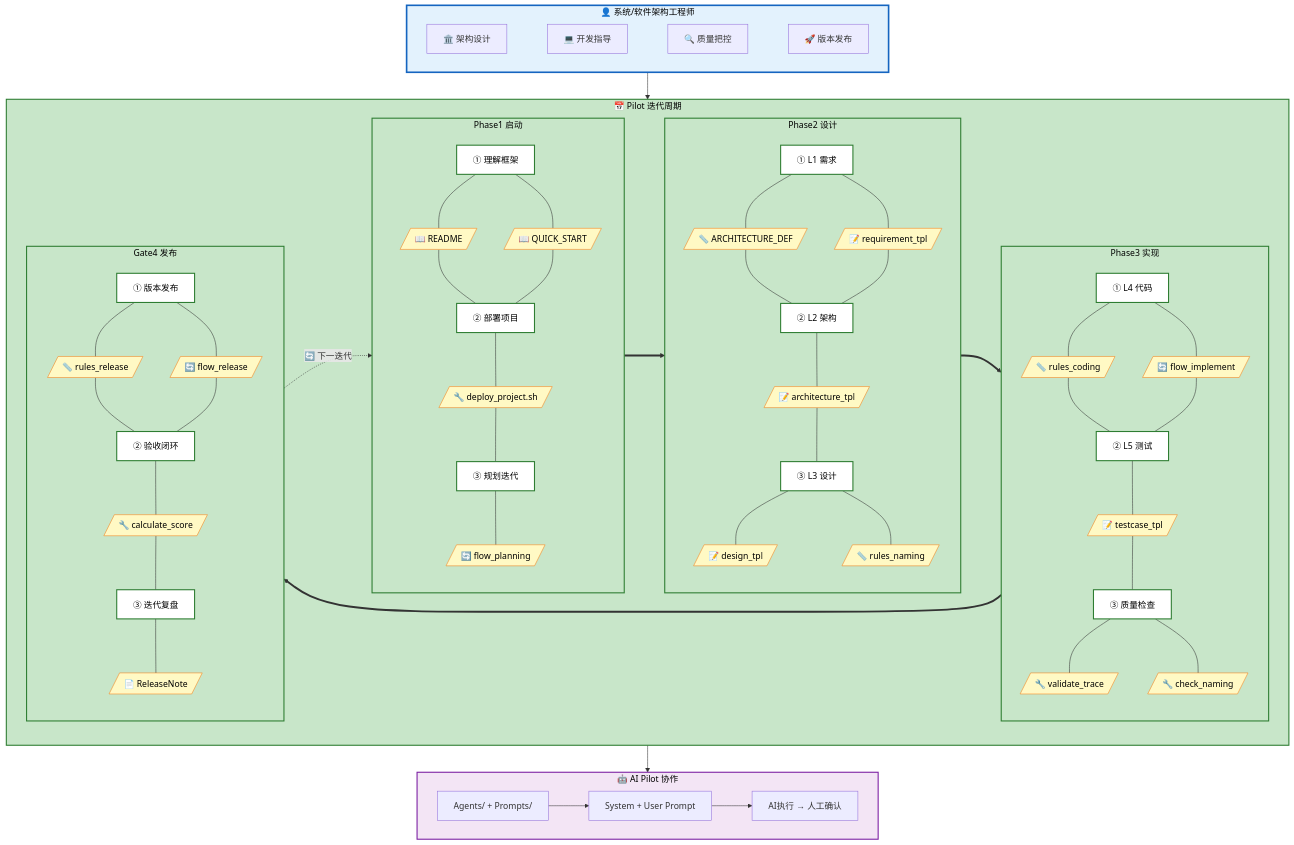
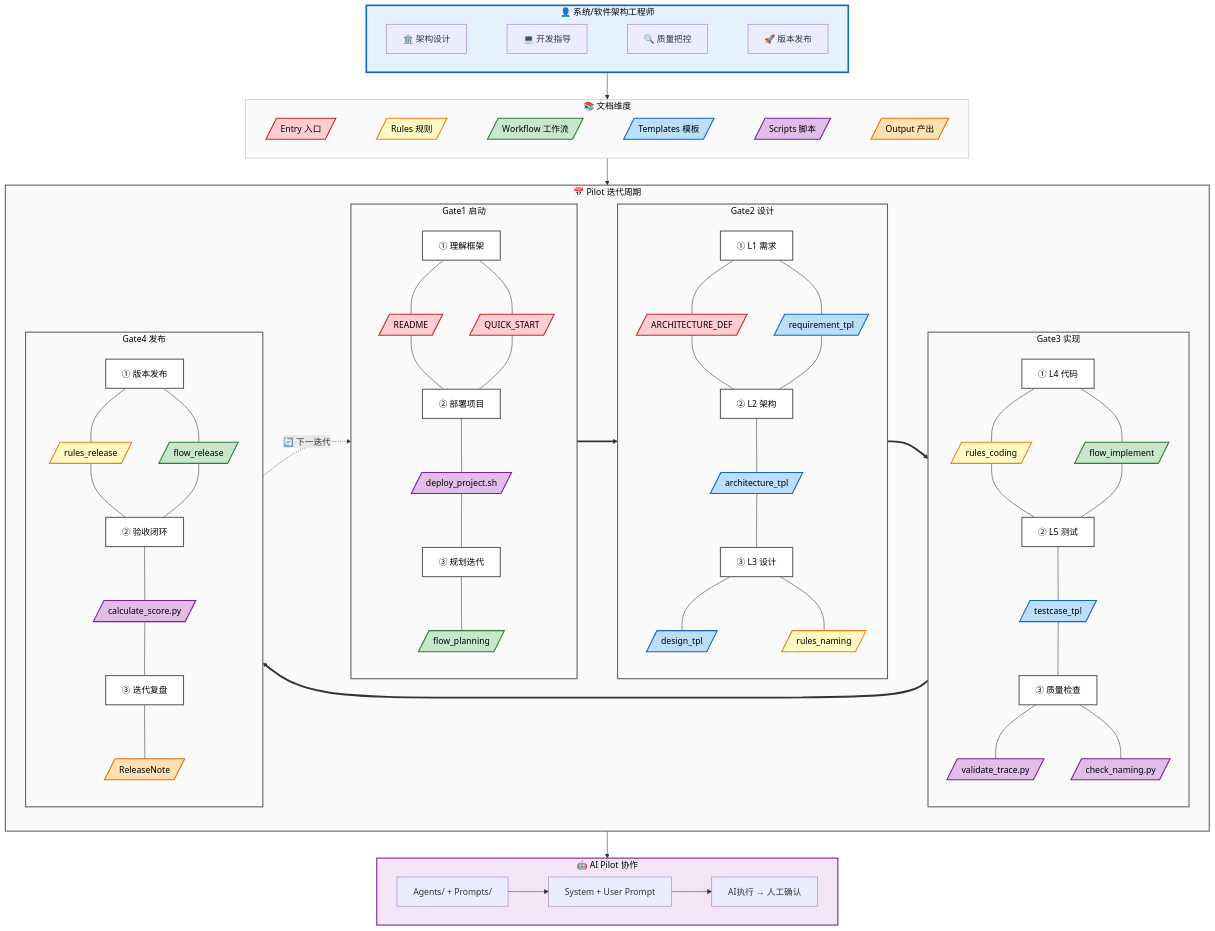
Before and after one commit to lukagithub/archpilot_core: the diagram in Governance/PILOT_GLOBAL_FLOW.mmd, drawn with Mermaid.

Commit message:
fix: update PILOT_GLOBAL_FLOW with legend and Gate naming - Add document dimension legend with 6 color-coded categories:   - Entry (red), Rules (yellow), Workflow (green)   - Templates (blue), Scripts (purple), Output (orange) - Replace Phase with Gate for iteration stages - Apply dimension colors to all document nodes in each Gate - Simplify node text (remove emoji from nodes, keep in legend)

```diff
--- a/Governance/PILOT_GLOBAL_FLOW.mmd
+++ b/Governance/PILOT_GLOBAL_FLOW.mmd
@@ -1,111 +1,164 @@
 %% ========================================
 %% ArchPilot Core 全局 Pilot 流程图
 %% 角色：系统架构师 / 软件架构工程师
 %% 说明：展示如何使用整个工程的文档资产推进项目迭代
 %% ========================================
 
 flowchart TB
     %% ==================== 角色入口 ====================
     subgraph Role["👤 系统/软件架构工程师"]
         direction LR
         R1["🏛️ 架构设计"] ~~~ R2["💻 开发指导"] ~~~ R3["🔍 质量把控"] ~~~ R4["🚀 版本发布"]
     end
 
+    %% ==================== 图例（文档维度颜色） ====================
+    subgraph Legend["📚 文档维度"]
+        direction LR
+        L1[/"Entry 入口"/]
+        L2[/"Rules 规则"/]
+        L3[/"Workflow 工作流"/]
+        L4[/"Templates 模板"/]
+        L5[/"Scripts 脚本"/]
+        L6[/"Output 产出"/]
+        L1 ~~~ L2 ~~~ L3 ~~~ L4 ~~~ L5 ~~~ L6
+    end
+
     %% ==================== Pilot 迭代周期（核心） ====================
     subgraph Phases["📅 Pilot 迭代周期"]
         direction LR
 
-        subgraph P1["Phase1 启动"]
+        subgraph P1["Gate1 启动"]
             direction TB
-            P1_S["① 理解框架　　"]
-            P1_D1[/"📖 README"/]
-            P1_D2[/"📖 QUICK_START"/]
-            P1_M["② 部署项目　　"]
-            P1_D3[/"🔧 deploy_project.sh"/]
-            P1_E["③ 规划迭代　　"]
-            P1_D4[/"🔄 flow_planning"/]
+            P1_S["① 理解框架"]
+            P1_D1[/"README"/]
+            P1_D2[/"QUICK_START"/]
+            P1_M["② 部署项目"]
+            P1_D3[/"deploy_project.sh"/]
+            P1_E["③ 规划迭代"]
+            P1_D4[/"flow_planning"/]
             P1_S --- P1_D1 & P1_D2
             P1_D1 & P1_D2 --- P1_M
             P1_M --- P1_D3
             P1_D3 --- P1_E
             P1_E --- P1_D4
         end
 
-        subgraph P2["Phase2 设计"]
+        subgraph P2["Gate2 设计"]
             direction TB
-            P2_S["① L1 需求　　　"]
-            P2_D1[/"📏 ARCHITECTURE_DEF"/]
-            P2_D2[/"📝 requirement_tpl"/]
-            P2_M["② L2 架构　　　"]
-            P2_D3[/"📝 architecture_tpl"/]
-            P2_E["③ L3 设计　　　"]
-            P2_D4[/"📝 design_tpl"/]
-            P2_D5[/"📏 rules_naming"/]
+            P2_S["① L1 需求"]
+            P2_D1[/"ARCHITECTURE_DEF"/]
+            P2_D2[/"requirement_tpl"/]
+            P2_M["② L2 架构"]
+            P2_D3[/"architecture_tpl"/]
+            P2_E["③ L3 设计"]
+            P2_D4[/"design_tpl"/]
+            P2_D5[/"rules_naming"/]
             P2_S --- P2_D1 & P2_D2
             P2_D1 & P2_D2 --- P2_M
             P2_M --- P2_D3
             P2_D3 --- P2_E
             P2_E --- P2_D4 & P2_D5
         end
 
-        subgraph P3["Phase3 实现"]
+        subgraph P3["Gate3 实现"]
             direction TB
-            P3_S["① L4 代码　　　"]
-            P3_D1[/"📏 rules_coding"/]
-            P3_D2[/"🔄 flow_implement"/]
-            P3_M["② L5 测试　　　"]
-            P3_D3[/"📝 testcase_tpl"/]
-            P3_E["③ 质量检查　　"]
-            P3_D4[/"🔧 validate_trace"/]
-            P3_D5[/"🔧 check_naming"/]
+            P3_S["① L4 代码"]
+            P3_D1[/"rules_coding"/]
+            P3_D2[/"flow_implement"/]
+            P3_M["② L5 测试"]
+            P3_D3[/"testcase_tpl"/]
+            P3_E["③ 质量检查"]
+            P3_D4[/"validate_trace.py"/]
+            P3_D5[/"check_naming.py"/]
             P3_S --- P3_D1 & P3_D2
             P3_D1 & P3_D2 --- P3_M
             P3_M --- P3_D3
             P3_D3 --- P3_E
             P3_E --- P3_D4 & P3_D5
         end
 
         subgraph P4["Gate4 发布"]
             direction TB
-            P4_S["① 版本发布　　"]
-            P4_D1[/"📏 rules_release"/]
-            P4_D2[/"🔄 flow_release"/]
-            P4_M["② 验收闭环　　"]
-            P4_D3[/"🔧 calculate_score"/]
-            P4_E["③ 迭代复盘　　"]
-            P4_D4[/"📄 ReleaseNote"/]
+            P4_S["① 版本发布"]
+            P4_D1[/"rules_release"/]
+            P4_D2[/"flow_release"/]
+            P4_M["② 验收闭环"]
+            P4_D3[/"calculate_score.py"/]
+            P4_E["③ 迭代复盘"]
+            P4_D4[/"ReleaseNote"/]
             P4_S --- P4_D1 & P4_D2
             P4_D1 & P4_D2 --- P4_M
             P4_M --- P4_D3
             P4_D3 --- P4_E
             P4_E --- P4_D4
         end
 
         P1 ==> P2 ==> P3 ==> P4
     end
 
     %% 迭代闭环
     P4 -.->|🔄 下一迭代| P1
 
     %% ==================== AI Pilot 协作（底部） ====================
     subgraph AI_Pilot["🤖 AI Pilot 协作"]
         direction LR
         AI_IN["Agents/ + Prompts/"] --> AI_PROC["System + User Prompt"] --> AI_OUT["AI执行 → 人工确认"]
     end
 
     %% ==================== 层级连接 ====================
-    Role --> Phases
+    Role --> Legend
+    Legend --> Phases
     Phases --> AI_Pilot
 
     %% ==================== 样式定义 ====================
+    %% 框架样式
     classDef roleStyle fill:#e3f2fd,stroke:#1565c0,stroke-width:3px,color:#000
-    classDef phaseStyle fill:#c8e6c9,stroke:#2e7d32,stroke-width:2px,color:#000
+    classDef phaseStyle fill:#fafafa,stroke:#616161,stroke-width:2px,color:#000
     classDef aiStyle fill:#f3e5f5,stroke:#7b1fa2,stroke-width:2px,color:#000
-    classDef docStyle fill:#fff9c4,stroke:#f57f17,stroke-width:1px,color:#000
-    classDef stepStyle fill:#ffffff,stroke:#2e7d32,stroke-width:2px,color:#000
+    classDef legendStyle fill:#fafafa,stroke:#bdbdbd,stroke-width:1px,color:#000
+    classDef stepStyle fill:#fff,stroke:#616161,stroke-width:2px,color:#000
 
+    %% 文档维度颜色
+    classDef entryStyle fill:#ffcdd2,stroke:#c62828,stroke-width:2px,color:#000
+    classDef ruleStyle fill:#fff9c4,stroke:#f57f17,stroke-width:2px,color:#000
+    classDef workflowStyle fill:#c8e6c9,stroke:#2e7d32,stroke-width:2px,color:#000
+    classDef tplStyle fill:#bbdefb,stroke:#1565c0,stroke-width:2px,color:#000
+    classDef scriptStyle fill:#e1bee7,stroke:#7b1fa2,stroke-width:2px,color:#000
+    classDef outputStyle fill:#ffe0b2,stroke:#ef6c00,stroke-width:2px,color:#000
+
+    %% 应用样式
     class Role roleStyle
     class Phases,P1,P2,P3,P4 phaseStyle
     class AI_Pilot aiStyle
-    class P1_D1,P1_D2,P1_D3,P1_D4,P2_D1,P2_D2,P2_D3,P2_D4,P2_D5,P3_D1,P3_D2,P3_D3,P3_D4,P3_D5,P4_D1,P4_D2,P4_D3,P4_D4 docStyle
+    class Legend legendStyle
     class P1_S,P1_M,P1_E,P2_S,P2_M,P2_E,P3_S,P3_M,P3_E,P4_S,P4_M,P4_E stepStyle
+
+    %% 图例颜色
+    class L1 entryStyle
+    class L2 ruleStyle
+    class L3 workflowStyle
+    class L4 tplStyle
+    class L5 scriptStyle
+    class L6 outputStyle
+
+    %% Gate1: Entry(红) + Scripts(紫) + Workflow(绿)
+    class P1_D1,P1_D2 entryStyle
+    class P1_D3 scriptStyle
+    class P1_D4 workflowStyle
+
+    %% Gate2: Entry(红) + Templates(蓝) + Rules(黄)
+    class P2_D1 entryStyle
+    class P2_D2,P2_D3,P2_D4 tplStyle
+    class P2_D5 ruleStyle
+
+    %% Gate3: Rules(黄) + Workflow(绿) + Templates(蓝) + Scripts(紫)
+    class P3_D1 ruleStyle
+    class P3_D2 workflowStyle
+    class P3_D3 tplStyle
+    class P3_D4,P3_D5 scriptStyle
+
+    %% Gate4: Rules(黄) + Workflow(绿) + Scripts(紫) + Output(橙)
+    class P4_D1 ruleStyle
+    class P4_D2 workflowStyle
+    class P4_D3 scriptStyle
+    class P4_D4 outputStyle
```
